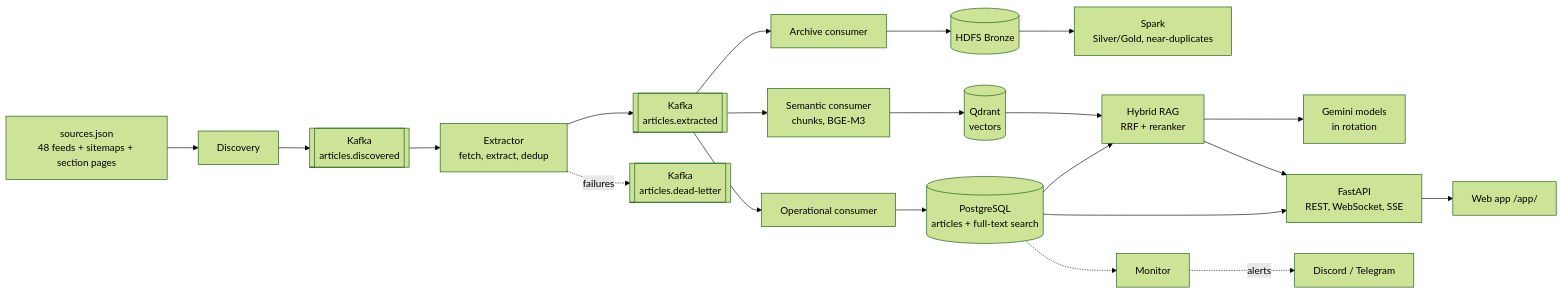
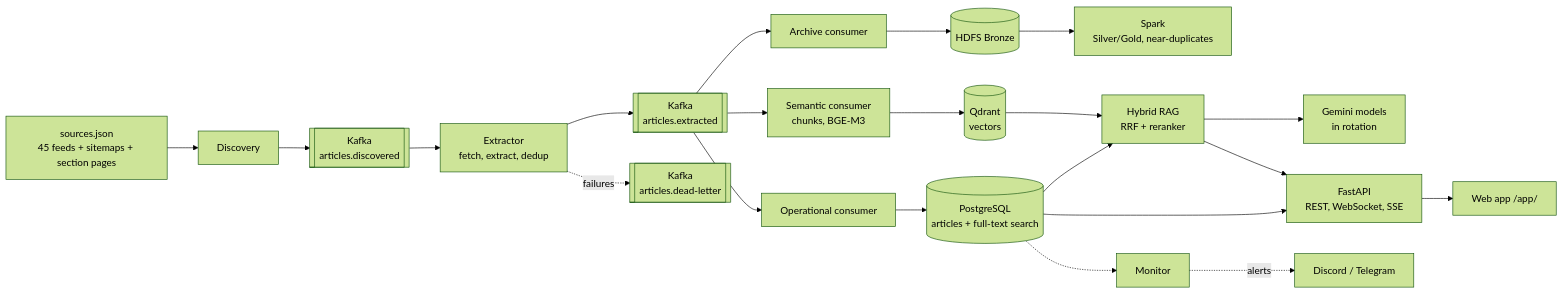
The diagram in README.md (khoaaminh1/sportsbot_g4), drawn with Mermaid (forest theme) before and after one commit.

Commit message:
docs: 45 enabled feeds after sources-check
Claude-Session: https://claude.ai/code/session_01WJzxMUsf1LNDvUip1RxFpY

````diff
--- a/README.md
+++ b/README.md
@@ -29,17 +29,17 @@
 ```mermaid
 flowchart LR
-  S[sources.json<br/>48 feeds + sitemaps + section pages] --> D[Discovery]
+  S[sources.json<br/>45 feeds + sitemaps + section pages] --> D[Discovery]
   D --> K1[[Kafka<br/>articles.discovered]]
   K1 --> X[Extractor<br/>fetch, extract, dedup]
   X --> K2[[Kafka<br/>articles.extracted]]
   X -. failures .-> DL[[Kafka<br/>articles.dead-letter]]
   K2 --> CO[Operational consumer] --> PG[(PostgreSQL<br/>articles + full-text search)]
   K2 --> CS[Semantic consumer<br/>chunks, BGE-M3] --> QD[(Qdrant<br/>vectors)]
   K2 --> CA[Archive consumer] --> HD[(HDFS Bronze)] --> SP[Spark<br/>Silver/Gold, near-duplicates]
   PG & QD --> RAG[Hybrid RAG<br/>RRF + reranker]
   RAG --> LLM[Gemini models<br/>in rotation]
   PG --> API[FastAPI<br/>REST, WebSocket, SSE]
   RAG --> API
   API --> UI[Web app /app/]
   PG -.-> M[Monitor] -. alerts .-> AL[Discord / Telegram]
 ```
````
